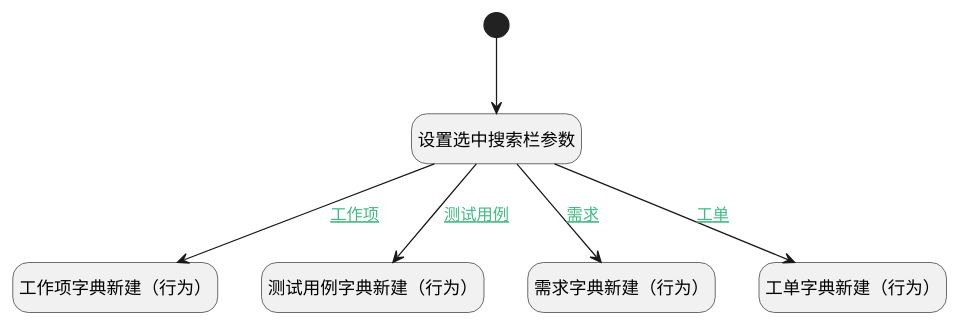
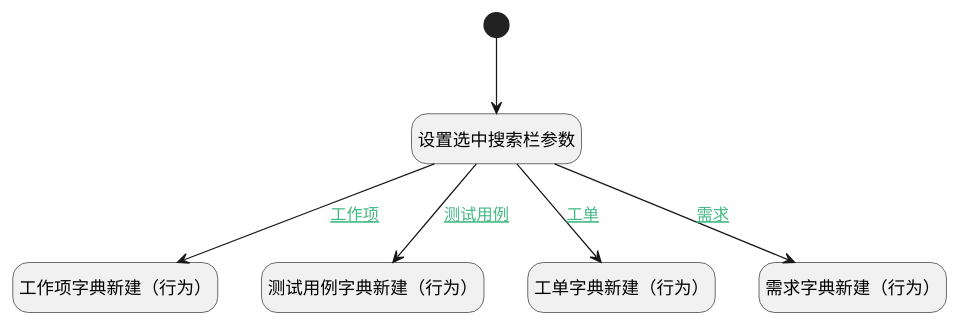
One commit to iBizLab/plm changed the diagram in doc/docsify/module/Base/dictionary_data/uilogic/get_tabsearchbar_param.md. Above: the diagram before and after it, drawn with PlantUML. The commit also changed other lines of this file and 1473 other files, not shown here.

````diff
--- a/doc/docsify/module/Base/dictionary_data/uilogic/get_tabsearchbar_param.md
+++ b/doc/docsify/module/Base/dictionary_data/uilogic/get_tabsearchbar_param.md
@@ -7,27 +7,27 @@
 ```plantuml
 @startuml
 hide footbox
 <style>
 root {
   HyperlinkColor #42b983
 }
 </style>
 
 hide empty description
 state "开始" as Begin <<start>> [[$./get_tabsearchbar_param#begin {开始}]]
 state "设置选中搜索栏参数" as RAWJSCODE1  [[$./get_tabsearchbar_param#rawjscode1 {设置选中搜索栏参数}]]
 state "工作项字典新建（行为）" as DEUIACTION3  [[$./get_tabsearchbar_param#deuiaction3 {工作项字典新建（行为）}]]
 state "测试用例字典新建（行为）" as DEUIACTION4  [[$./get_tabsearchbar_param#deuiaction4 {测试用例字典新建（行为）}]]
+state "工单字典新建（行为）" as DEUIACTION2  [[$./get_tabsearchbar_param#deuiaction2 {工单字典新建（行为）}]]
 state "需求字典新建（行为）" as DEUIACTION1  [[$./get_tabsearchbar_param#deuiaction1 {需求字典新建（行为）}]]
-state "工单字典新建（行为）" as DEUIACTION2  [[$./get_tabsearchbar_param#deuiaction2 {工单字典新建（行为）}]]
 
 
 Begin --> RAWJSCODE1
 RAWJSCODE1 --> DEUIACTION1 : [[$./get_tabsearchbar_param#rawjscode1-deuiaction1{需求} 需求]]
 RAWJSCODE1 --> DEUIACTION2 : [[$./get_tabsearchbar_param#rawjscode1-deuiaction2{工单} 工单]]
 RAWJSCODE1 --> DEUIACTION3 : [[$./get_tabsearchbar_param#rawjscode1-deuiaction3{工作项} 工作项]]
 RAWJSCODE1 --> DEUIACTION4 : [[$./get_tabsearchbar_param#rawjscode1-deuiaction4{测试用例} 测试用例]]
 
 
 @enduml
 ```
````
